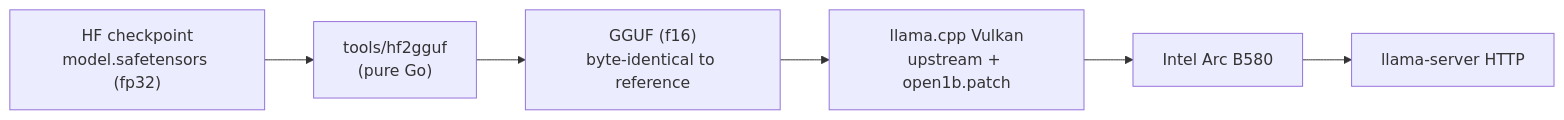
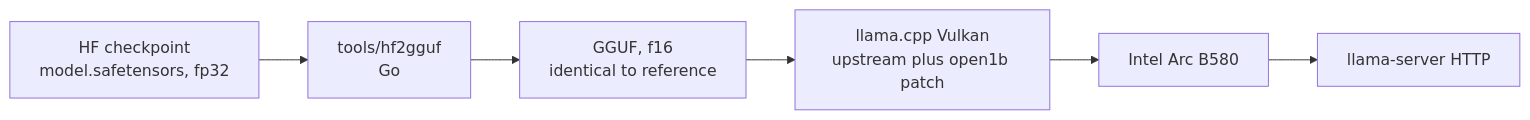
One commit to eSlider/open-1b-verify changed the second of 2 diagrams in README.md. Above: the diagram before and after it, drawn with Mermaid. The commit also changed other lines of this file and 10 other files, not shown here.

````diff
--- a/README.md
+++ b/README.md
@@ -47,8 +42,8 @@
 ```mermaid
 flowchart LR
-  HF["HF checkpoint\nmodel.safetensors (fp32)"] --> GO["tools/hf2gguf\n(pure Go)"]
-  GO --> GGUF["GGUF (f16)\nbyte-identical to reference"]
-  GGUF --> LC["llama.cpp Vulkan\nupstream + open1b.patch"]
+  HF["HF checkpoint<br/>model.safetensors, fp32"] --> GO["tools/hf2gguf<br/>Go"]
+  GO --> GGUF["GGUF, f16<br/>identical to reference"]
+  GGUF --> LC["llama.cpp Vulkan<br/>upstream plus open1b patch"]
   LC --> GPU["Intel Arc B580"]
   GPU --> API["llama-server HTTP"]
 ```
````
